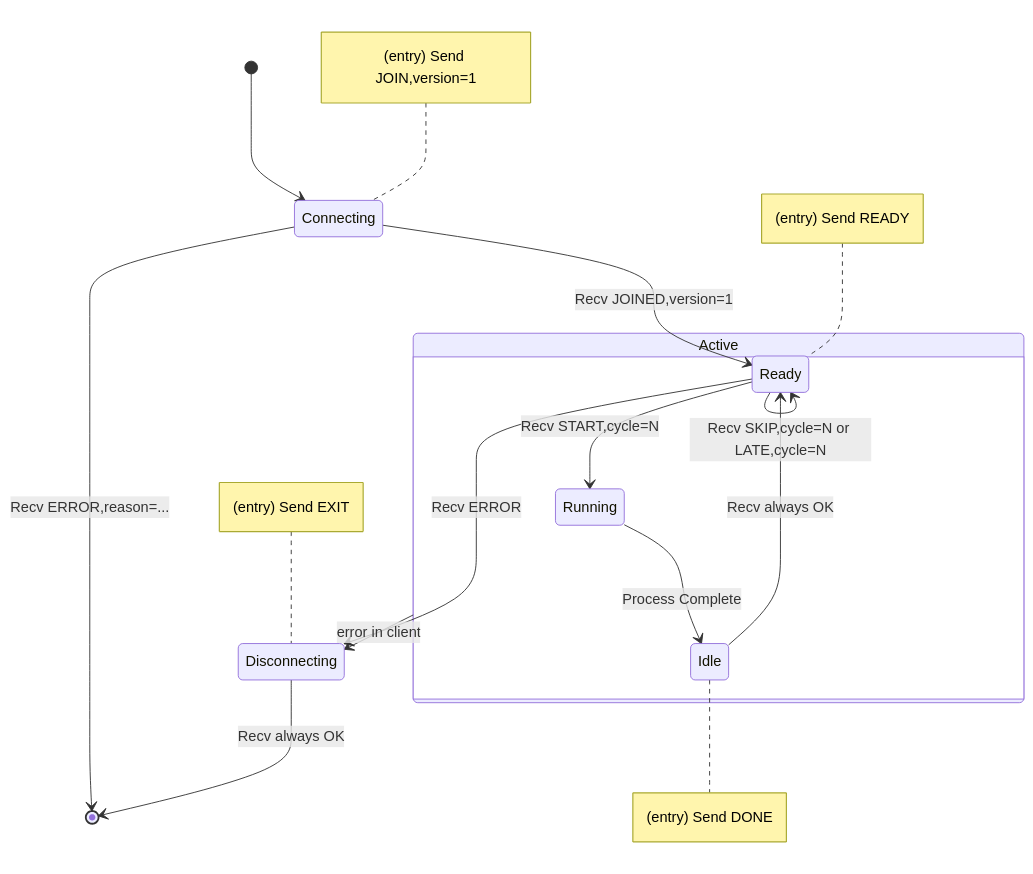
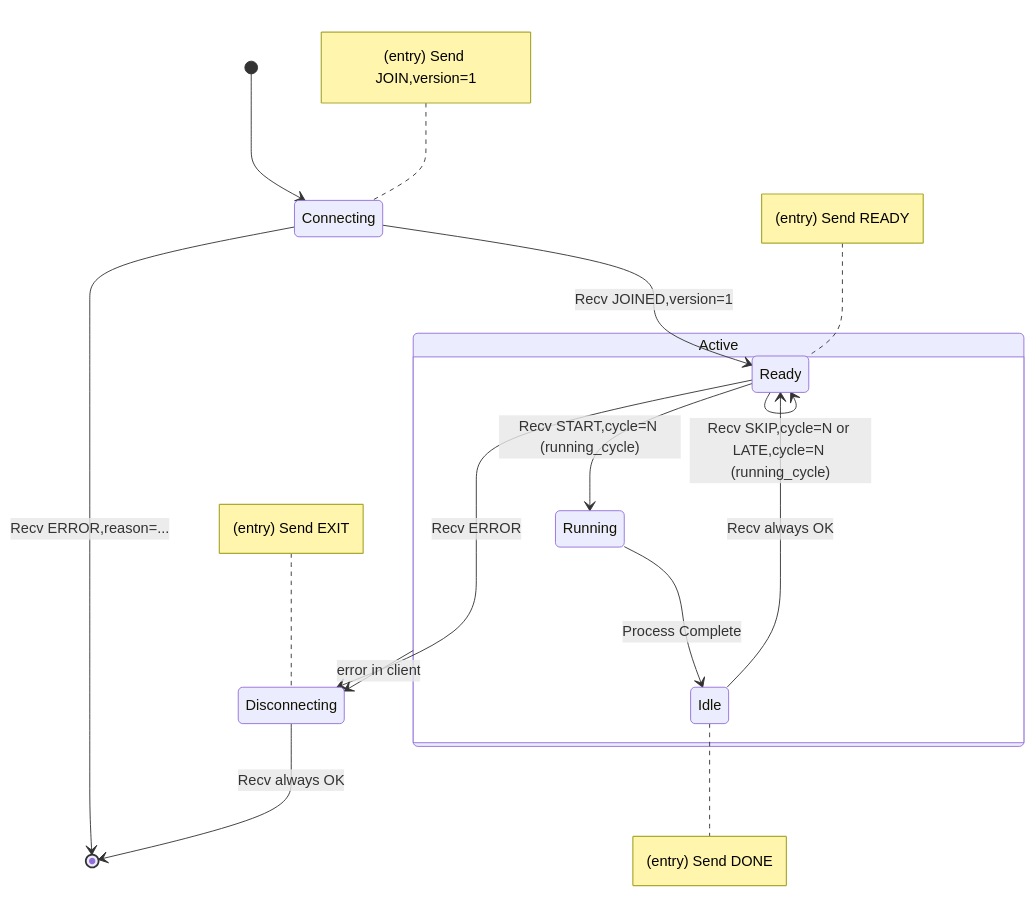
The first of 2 diagrams in docs/state-management.md (nao-kawano/ritsu-scheduler), drawn with Mermaid before and after one commit. The commit also changed 3 other files, not shown here.

````diff
--- a/docs/state-management.md
+++ b/docs/state-management.md
@@ -14,25 +14,25 @@
 ```mermaid
 stateDiagram-v2
     [*] --> Connecting
     note left of Connecting : (entry) Send JOIN,version=1
 
     Connecting --> [*] : Recv ERROR,reason=...
     Connecting --> Ready : Recv JOINED,version=1
     note left of Ready : (entry) Send READY
 
     State Active {
-        Ready --> Running : Recv START,cycle=N
-        Ready --> Ready : Recv SKIP,cycle=N or LATE,cycle=N
+        Ready --> Running : Recv START,cycle=N (running_cycle)
+        Ready --> Ready : Recv SKIP,cycle=N or LATE,cycle=N (running_cycle)
 
         Running --> Idle : Process Complete
         note right of Idle : (entry) Send DONE
 
         Idle --> Ready : Recv always OK
     }
 
     Ready --> Disconnecting : Recv ERROR
     Active --> Disconnecting : error in client
     note left of Disconnecting : (entry) Send EXIT
 
     Disconnecting --> [*] : Recv always OK
 ```
````
